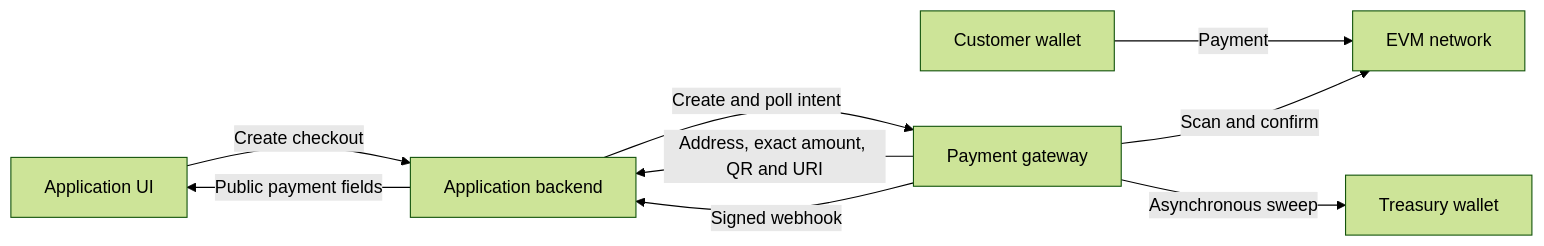
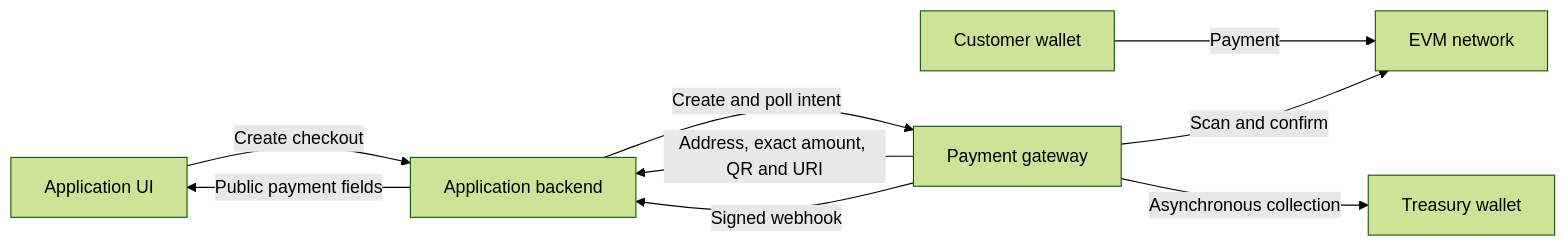
Before and after one commit to ifokeev/evm-payment-gateway: the first of 4 diagrams in INTEGRATION.md, drawn with Mermaid (forest theme). The commit also changed other lines of this file and 44 other files, not shown here.

First line of the commit message:
feat(collection)!: add keyless CREATE2 treasury collection

````diff
--- a/INTEGRATION.md
+++ b/INTEGRATION.md
@@ -8,18 +8,18 @@
 ```mermaid
 flowchart LR
     Customer["Customer wallet"]
     UI["Application UI"]
     App["Application backend"]
     Gateway["Payment gateway"]
     Chain["EVM network"]
     Treasury["Treasury wallet"]
 
     UI -->|"Create checkout"| App
     App -->|"Create and poll intent"| Gateway
     Gateway -->|"Address, exact amount, QR and URI"| App
     App -->|"Public payment fields"| UI
     Customer -->|"Payment"| Chain
     Gateway -->|"Scan and confirm"| Chain
     Gateway -->|"Signed webhook"| App
-    Gateway -->|"Asynchronous sweep"| Treasury
+    Gateway -->|"Asynchronous collection"| Treasury
 ```
````
